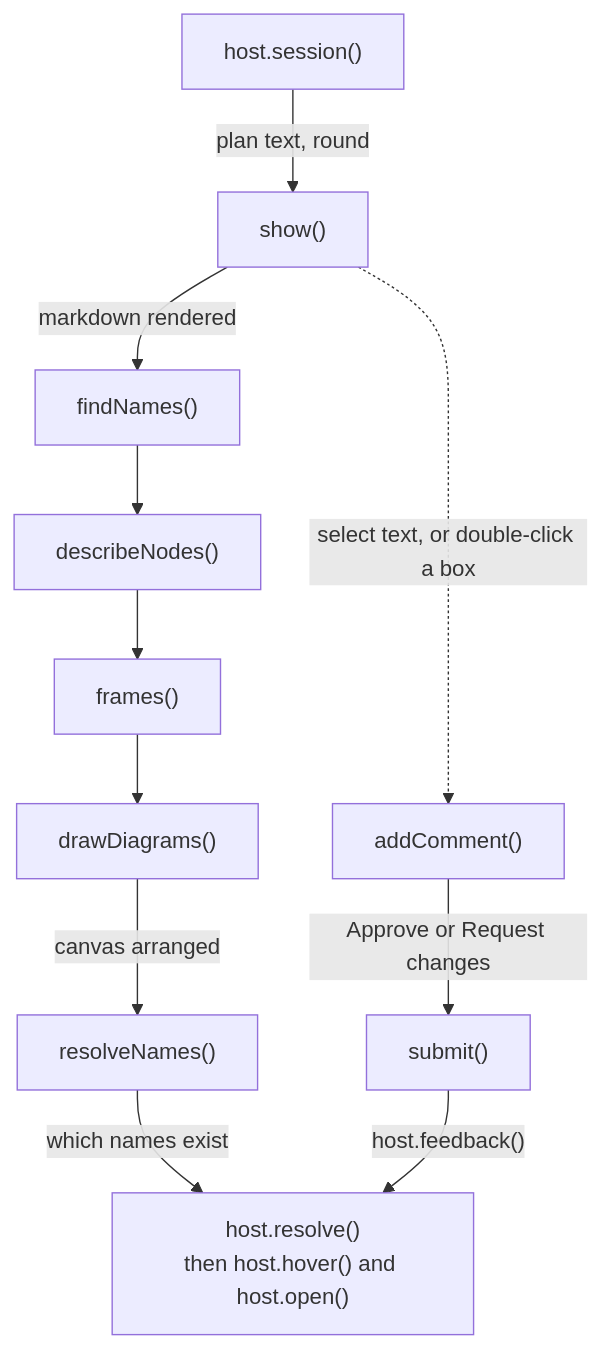
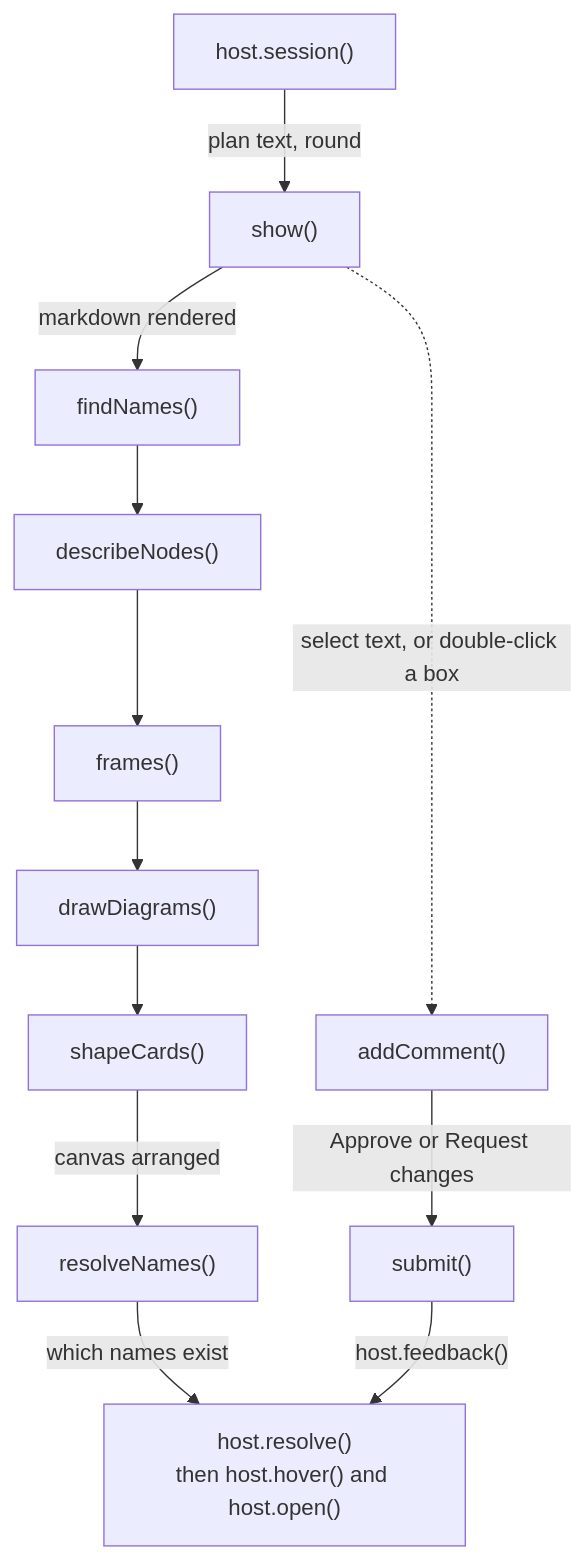
One commit to shyamalaravind/graphify-review changed the fifth of 9 diagrams in ARCHITECTURE.md. Above: the diagram before and after it, drawn with Mermaid. The commit also changed other lines of this file and 5 other files, not shown here.

First line of the commit message:
Draw the canvas with Pele instead of Mermaid

````diff
--- a/ARCHITECTURE.md
+++ b/ARCHITECTURE.md
@@ -160,23 +160,25 @@
 ```mermaid
 flowchart TD
   HS["host.session()"]
   SH["show()"]
   FN["findNames()"]
   DN["describeNodes()"]
   FR["frames()"]
   DD["drawDiagrams()"]
+  SC["shapeCards()"]
   RN["resolveNames()"]
   HOST["host.resolve()<br/>then host.hover() and host.open()"]
   AC["addComment()"]
   SUB["submit()"]
   HS -->|"plan text, round"| SH
   SH -->|"markdown rendered"| FN
   FN --> DN
   DN --> FR
   FR --> DD
-  DD -->|"canvas arranged"| RN
+  DD --> SC
+  SC -->|"canvas arranged"| RN
   RN -->|"which names exist"| HOST
   SH -.->|"select text, or double-click a box"| AC
   AC -->|"Approve or Request changes"| SUB
   SUB -->|"host.feedback()"| HOST
 ```
````
